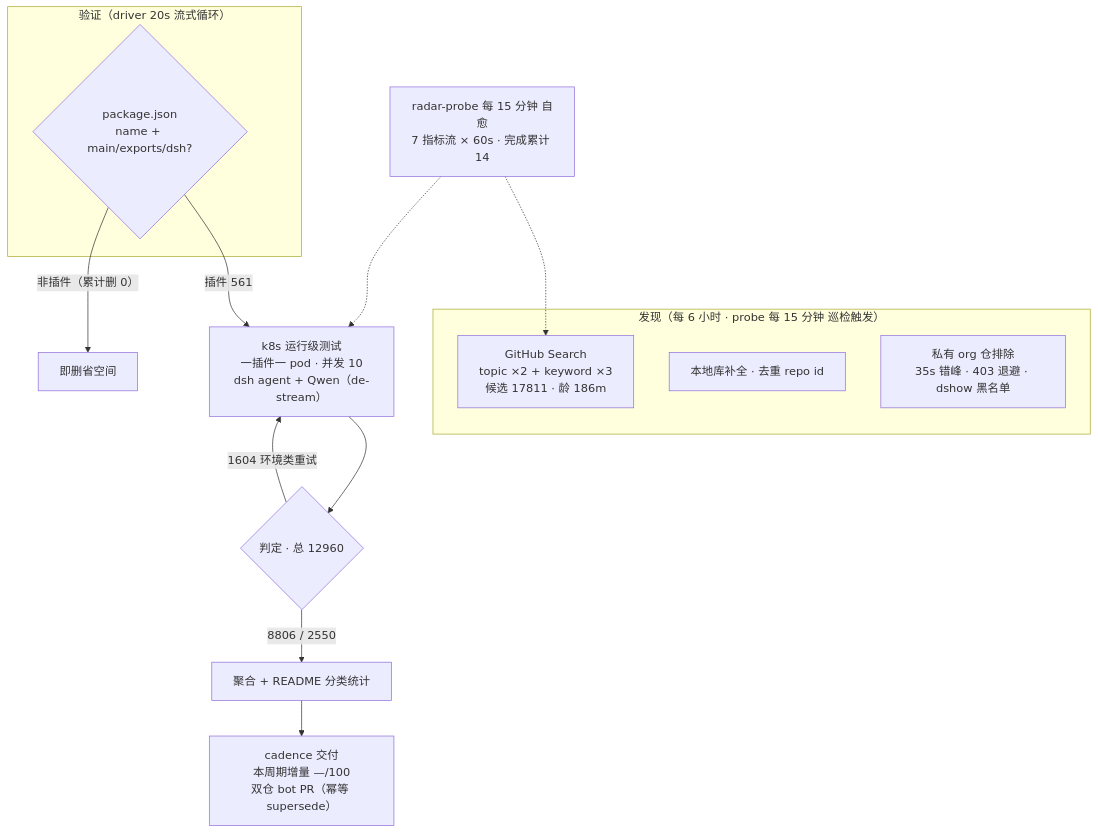
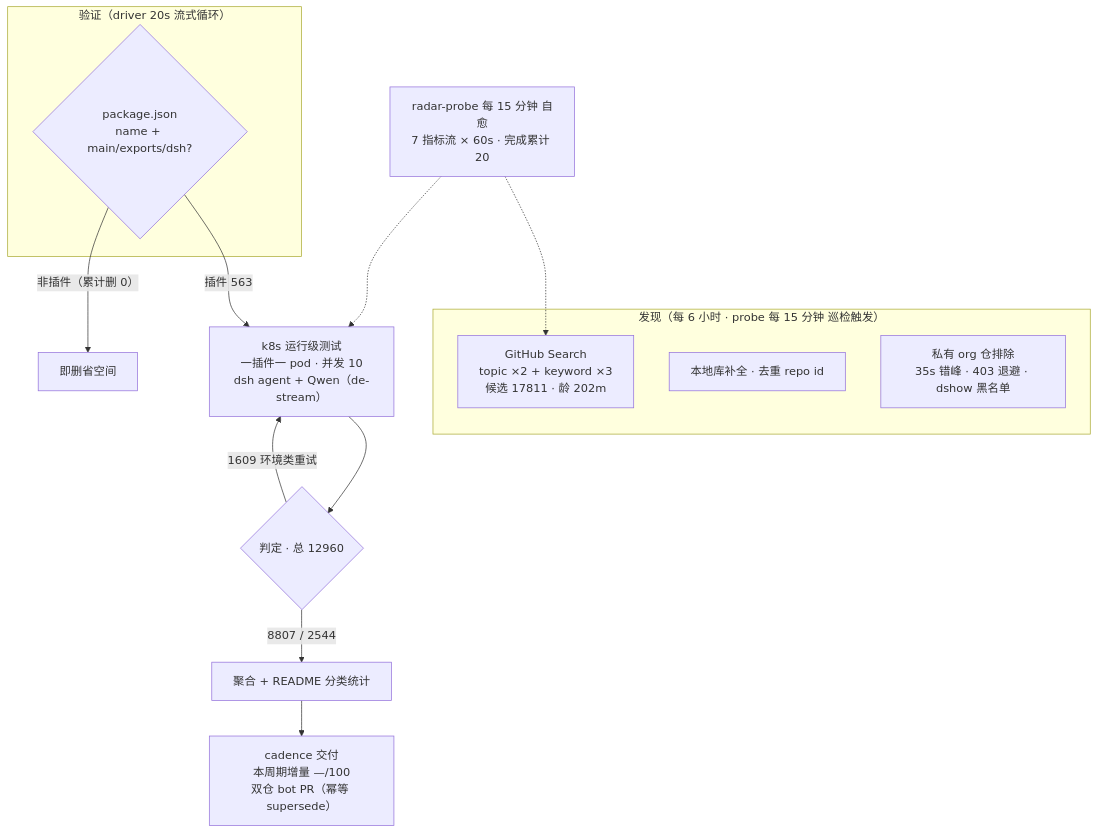
The diagram in README.md (AdamPlatin123/awesome-dsh-plugins), drawn with Mermaid before and after one commit. The commit also changed other lines of this file and 5 other files, not shown here.

````diff
--- a/README.md
+++ b/README.md
@@ -52,20 +52,20 @@
 ```mermaid
 flowchart TB
     subgraph Discovery["发现（每 6 小时 · probe 每 15 分钟 巡检触发）"]
-        A1["GitHub Search<br/>topic ×2 + keyword ×3<br/>候选 17811 · 龄 186m"]
+        A1["GitHub Search<br/>topic ×2 + keyword ×3<br/>候选 17811 · 龄 202m"]
         A2["本地库补全 · 去重 repo id"]
         A3["私有 org 仓排除<br/>35s 错峰 · 403 退避 · dshow 黑名单"]
     end
     subgraph Validation["验证（driver 20s 流式循环）"]
         B1{"package.json<br/>name + main/exports/dsh?"}
     end
-    B1 -->|"插件 561"| C1["k8s 运行级测试<br/>一插件一 pod · 并发 10<br/>dsh agent + Qwen（de-stream）"]
+    B1 -->|"插件 563"| C1["k8s 运行级测试<br/>一插件一 pod · 并发 10<br/>dsh agent + Qwen（de-stream）"]
     B1 -->|"非插件（累计删 0）"| B3["即删省空间"]
     C1 --> D1{"判定 · 总 12960"}
-    D1 -->|"8806 / 2550"| E1["聚合 + README 分类统计"]
-    D1 -->|"1604 环境类重试"| C1
+    D1 -->|"8807 / 2544"| E1["聚合 + README 分类统计"]
+    D1 -->|"1609 环境类重试"| C1
     E1 --> E2["cadence 交付<br/>本周期增量 —/100<br/>双仓 bot PR（幂等 supersede）"]
-    M["radar-probe 每 15 分钟 自愈<br/>7 指标流 × 60s · 完成累计 14"]
+    M["radar-probe 每 15 分钟 自愈<br/>7 指标流 × 60s · 完成累计 20"]
     M -.-> A1
     M -.-> C1
 ```
````
